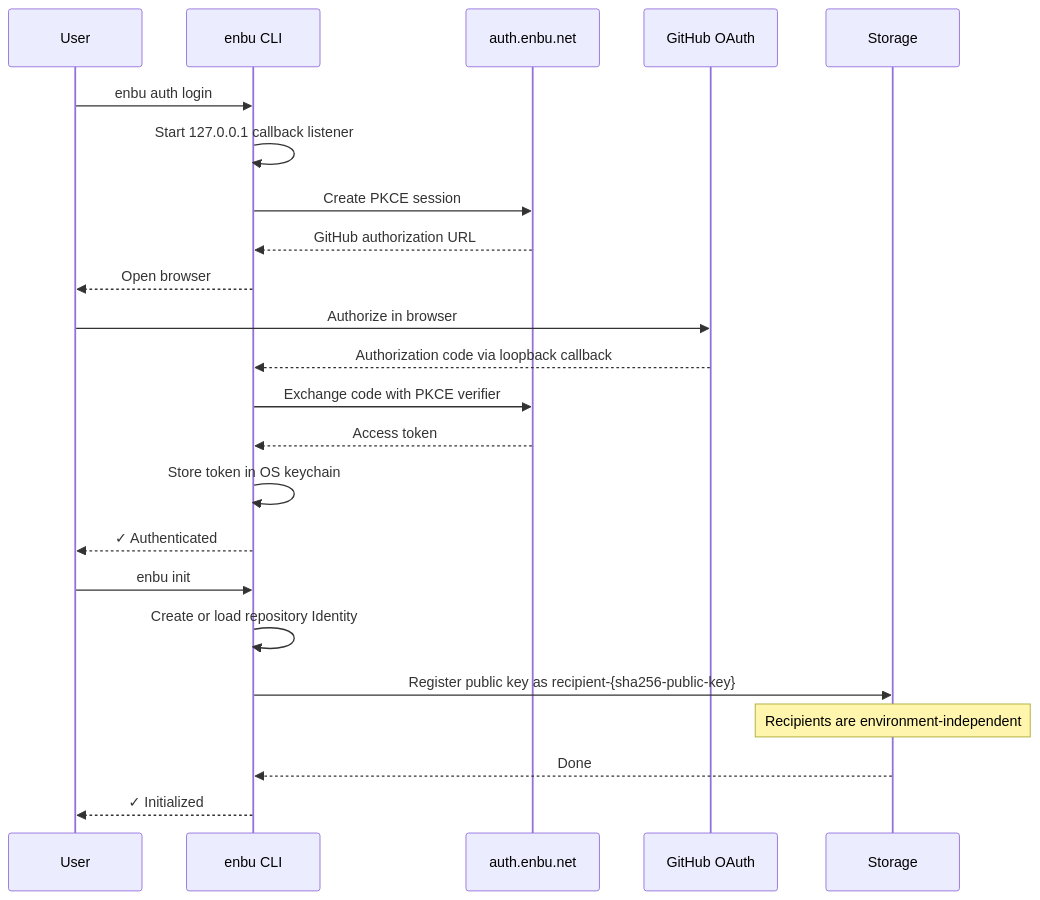
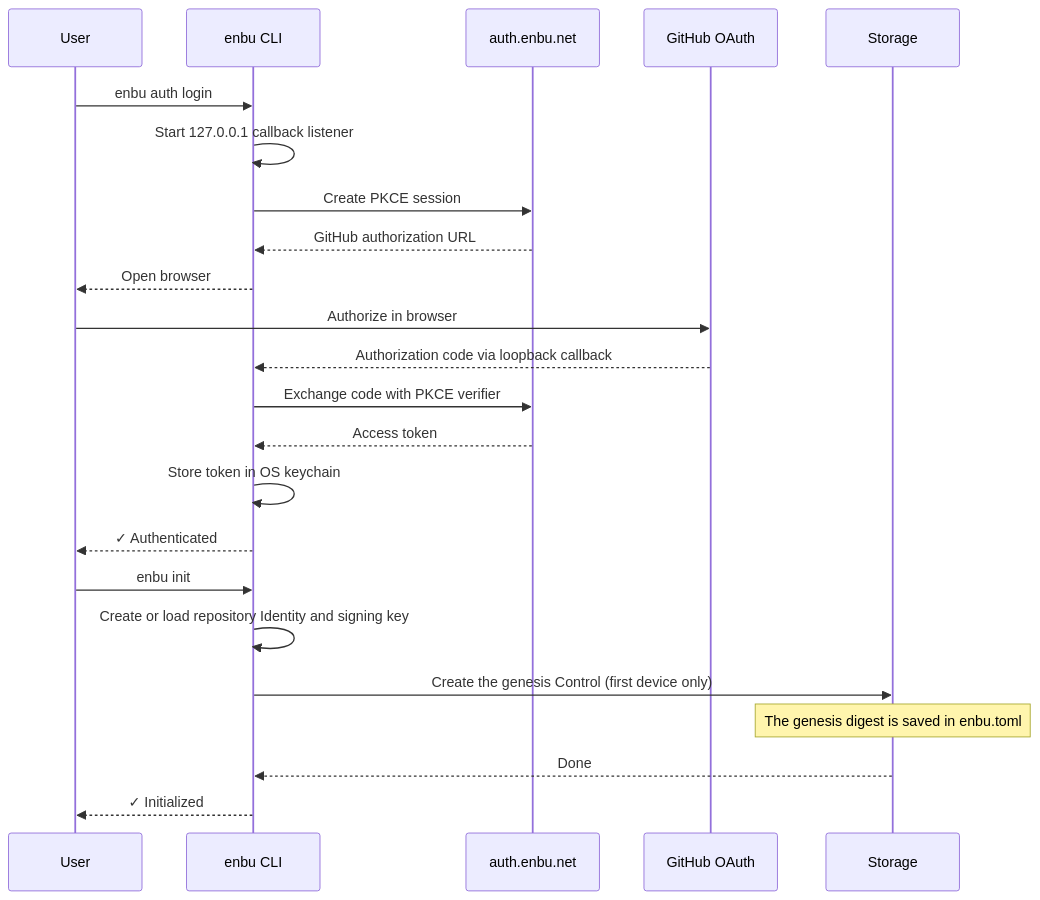
Before and after one commit to enbu-net/enbu: the first of 3 diagrams in README.md, drawn with Mermaid. The commit also changed other lines of this file and 1 other file, not shown here.

Commit message:
docs(readme): describe signed control and device approval flow (#398)

````diff
--- a/README.md
+++ b/README.md
@@ -236,27 +269,27 @@
 ```mermaid
 sequenceDiagram
     participant User
     participant CLI as enbu CLI
     participant Auth as auth.enbu.net
     participant GitHub as GitHub OAuth
     participant GHCR as Storage
 
     User->>CLI: enbu auth login
     CLI->>CLI: Start 127.0.0.1 callback listener
     CLI->>Auth: Create PKCE session
     Auth-->>CLI: GitHub authorization URL
     CLI-->>User: Open browser
     User->>GitHub: Authorize in browser
     GitHub-->>CLI: Authorization code via loopback callback
     CLI->>Auth: Exchange code with PKCE verifier
     Auth-->>CLI: Access token
     CLI->>CLI: Store token in OS keychain
     CLI-->>User: ✓ Authenticated
 
     User->>CLI: enbu init
-    CLI->>CLI: Create or load repository Identity
-    CLI->>GHCR: Register public key as recipient-{sha256-public-key}
-    Note over GHCR: Recipients are environment-independent
+    CLI->>CLI: Create or load repository Identity and signing key
+    CLI->>GHCR: Create the genesis Control (first device only)
+    Note over GHCR: The genesis digest is saved in enbu.toml
     GHCR-->>CLI: Done
     CLI-->>User: ✓ Initialized
 ```
````
